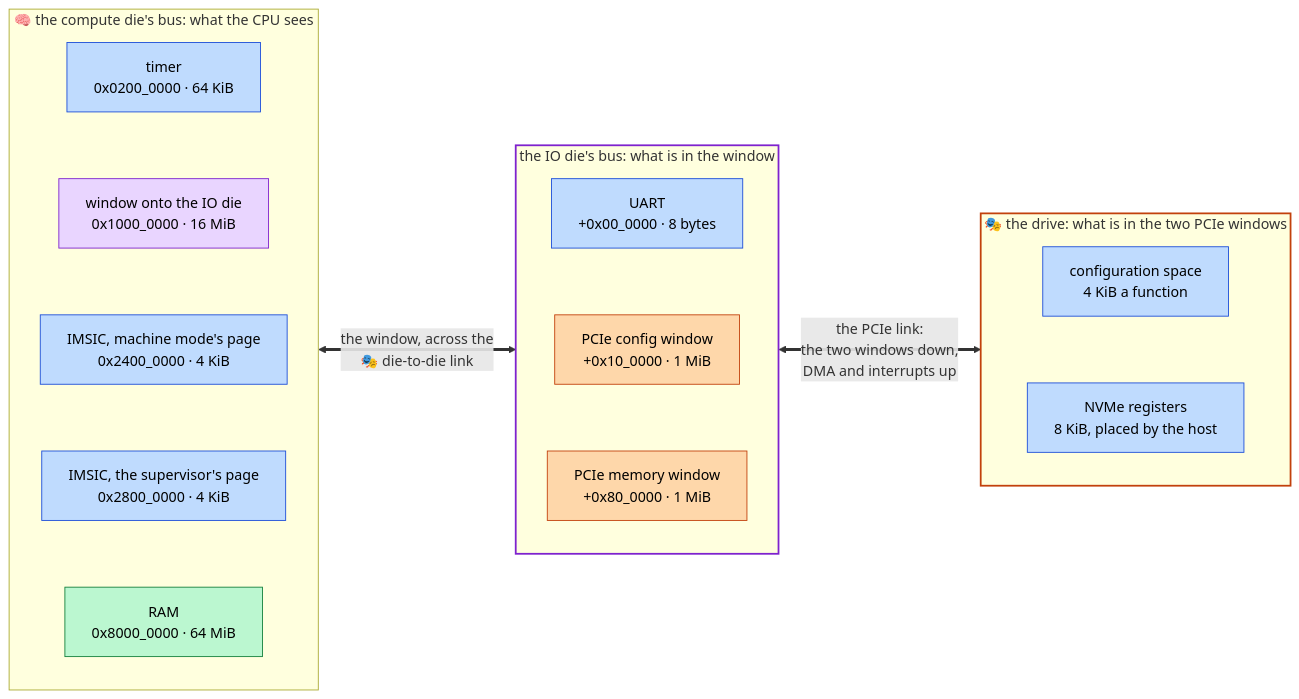
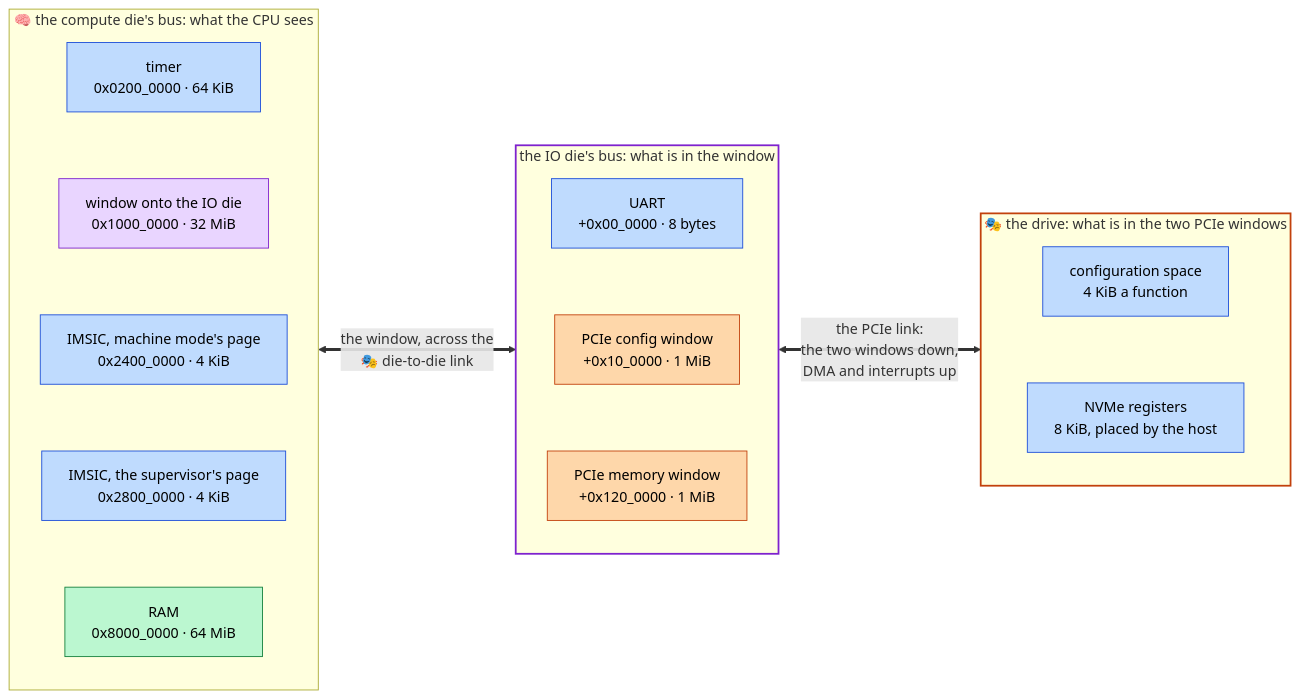
One commit to cphurley82/socpuppet changed the first of 2 diagrams in docs/address-map.md. Above: the diagram before and after it, drawn with Mermaid. The commit also changed other lines of this file and 7 other files, not shown here.

Commit message:
The boot flash is 16 MiB with the manager's image in its last 2 MiB, so that OpenSBI and UEFI, a little over 4 MiB, fit before it; the IO die's window is 32 MiB, and the PCIe memory window moves past the flash to 0x1120_0000

````diff
--- a/docs/address-map.md
+++ b/docs/address-map.md
@@ -29,38 +29,38 @@
 ```mermaid
 flowchart LR
     subgraph compute["🧠 the compute die's bus: what the CPU sees"]
         direction TB
         timer["timer<br/>0x0200_0000&nbsp;·&nbsp;64&nbsp;KiB"]
-        win["window&nbsp;onto&nbsp;the&nbsp;IO&nbsp;die<br/>0x1000_0000&nbsp;·&nbsp;16&nbsp;MiB"]
+        win["window&nbsp;onto&nbsp;the&nbsp;IO&nbsp;die<br/>0x1000_0000&nbsp;·&nbsp;32&nbsp;MiB"]
         imsic["IMSIC,&nbsp;machine&nbsp;mode's&nbsp;page<br/>0x2400_0000&nbsp;·&nbsp;4&nbsp;KiB"]
         simsic["IMSIC,&nbsp;the&nbsp;supervisor's&nbsp;page<br/>0x2800_0000&nbsp;·&nbsp;4&nbsp;KiB"]
         ram["RAM<br/>0x8000_0000&nbsp;·&nbsp;64&nbsp;MiB"]
         timer ~~~ win ~~~ imsic ~~~ simsic ~~~ ram
     end
     subgraph io["the IO die's bus: what is in the window"]
         direction TB
         uart["UART<br/>+0x00_0000&nbsp;·&nbsp;8&nbsp;bytes"]
         ecam["PCIe&nbsp;config&nbsp;window<br/>+0x10_0000&nbsp;·&nbsp;1&nbsp;MiB"]
-        mmio["PCIe&nbsp;memory&nbsp;window<br/>+0x80_0000&nbsp;·&nbsp;1&nbsp;MiB"]
+        mmio["PCIe&nbsp;memory&nbsp;window<br/>+0x120_0000&nbsp;·&nbsp;1&nbsp;MiB"]
         uart ~~~ ecam ~~~ mmio
     end
     subgraph drive["🎭 the drive: what is in the two PCIe windows"]
         direction TB
         cfg["configuration&nbsp;space<br/>4&nbsp;KiB&nbsp;a&nbsp;function"]
         bar0["NVMe&nbsp;registers<br/>8&nbsp;KiB,&nbsp;placed&nbsp;by&nbsp;the&nbsp;host"]
         cfg ~~~ bar0
     end
     compute <== "the window, across the<br/>🎭 die-to-die link" ==> io
     io <== "the PCIe link:<br/>the two windows down,<br/>DMA and interrupts up" ==> drive
 
     classDef memory fill:#bbf7d0,stroke:#15803d,color:#000
     classDef device fill:#bfdbfe,stroke:#1d4ed8,color:#000
     classDef window fill:#e9d5ff,stroke:#7e22ce,color:#000
     classDef pcie fill:#fed7aa,stroke:#c2410c,color:#000
     class ram memory
     class imsic,simsic,uart,timer,cfg,bar0 device
     class win window
     class ecam,mmio pcie
     style io stroke:#7e22ce,stroke-width:2px
     style drive stroke:#c2410c,stroke-width:2px
 ```
````
